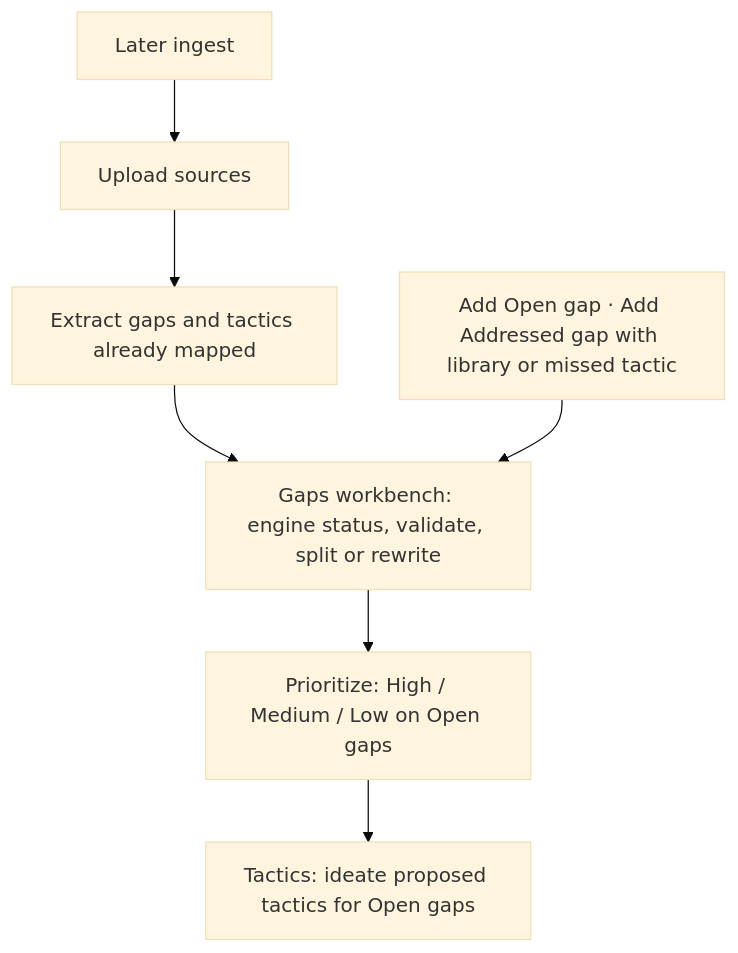
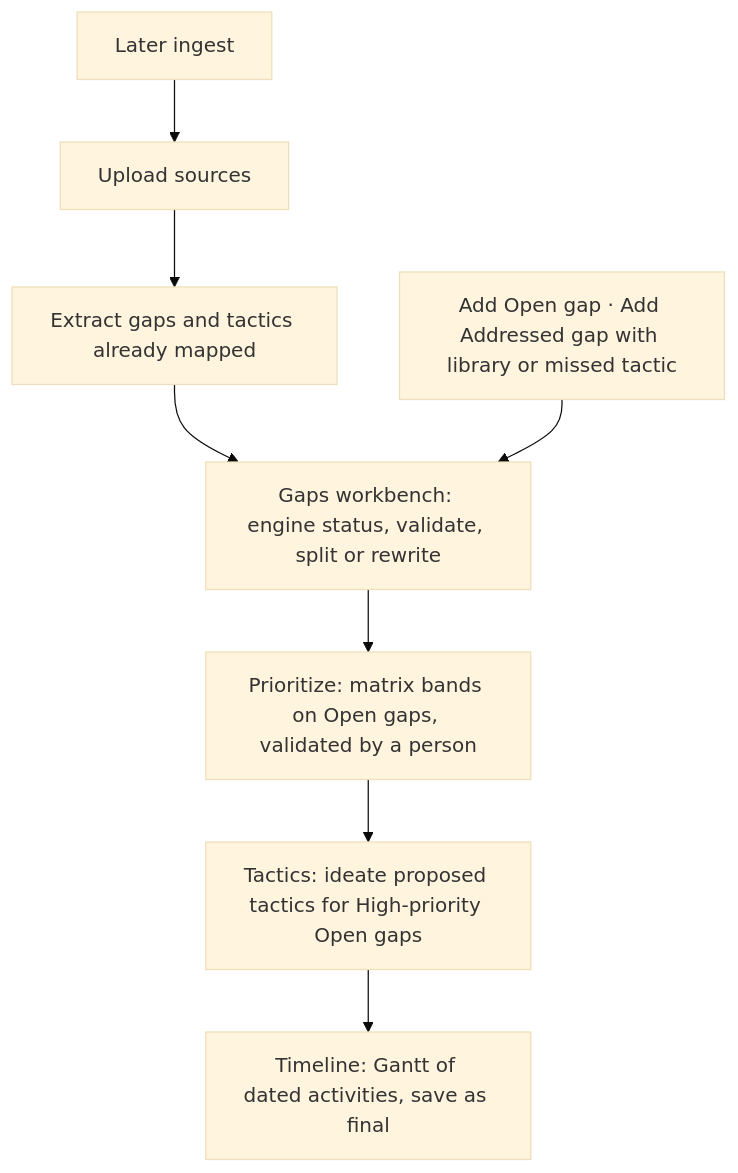
One commit to Shashb21/synapse changed the first of 2 diagrams in docs/problem-and-solution.md. Above: the diagram before and after it, drawn with Mermaid (base theme). The commit also changed other lines of this file and 2 other files, not shown here.

````diff
--- a/docs/problem-and-solution.md
+++ b/docs/problem-and-solution.md
@@ -50,16 +50,18 @@
 ```mermaid
 flowchart TD
   upload["Upload sources"]
   extract["Extract gaps and tactics already mapped"]
   gaps["Gaps workbench: engine status, validate, split or rewrite"]
   create["Add Open gap · Add Addressed gap with library or missed tactic"]
-  pri["Prioritize: High / Medium / Low on Open gaps"]
-  tac["Tactics: ideate proposed tactics for Open gaps"]
+  pri["Prioritize: matrix bands on Open gaps, validated by a person"]
+  tac["Tactics: ideate proposed tactics for High-priority Open gaps"]
+  tl["Timeline: Gantt of dated activities, save as final"]
   later["Later ingest"]
   upload --> extract
   extract --> gaps
   create --> gaps
   gaps --> pri
   pri --> tac
+  tac --> tl
   later --> upload
 ```
````
